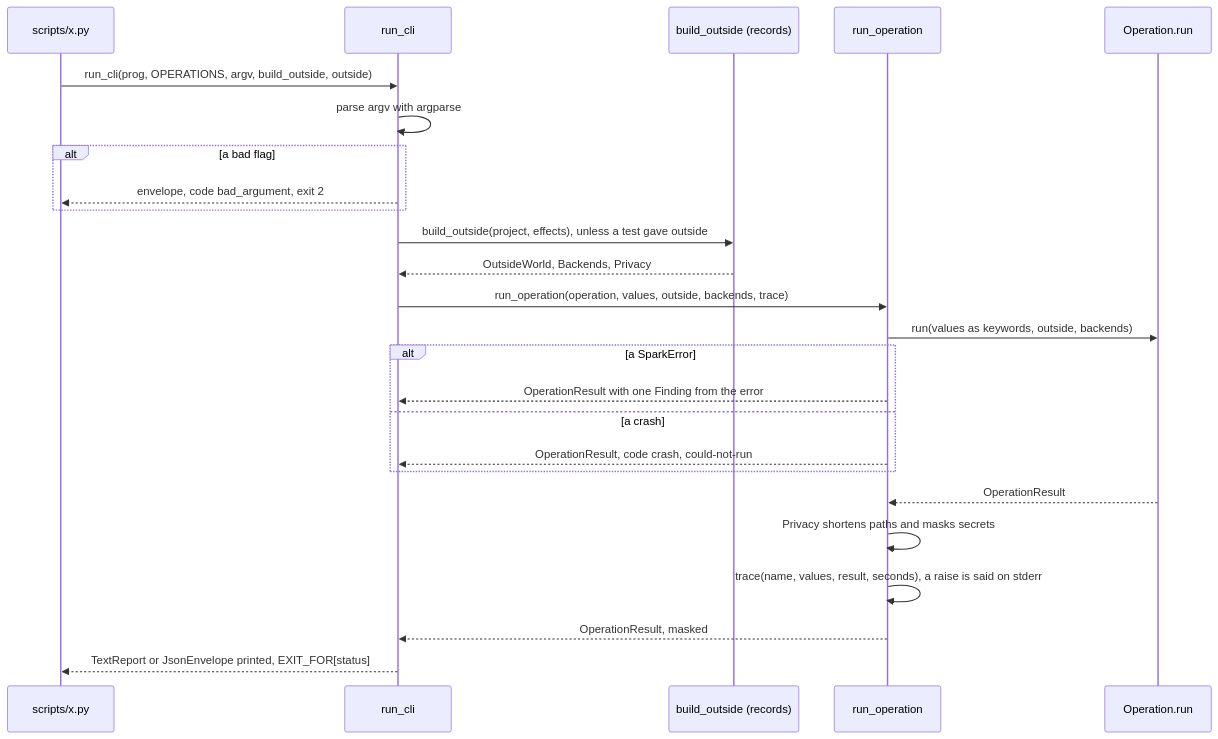
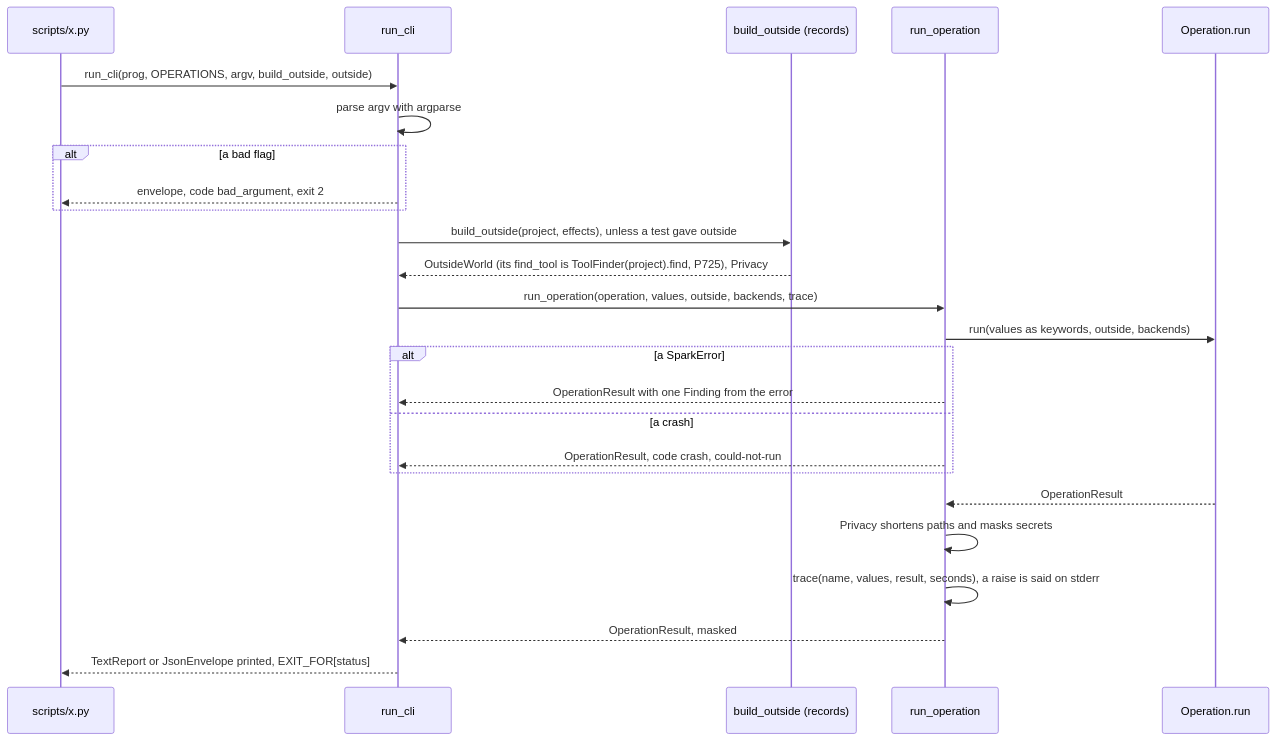
One commit to xmejkal/spark changed the second of 2 diagrams in docs/discovery/2026-10-19-p323-target-architecture/architecture/areas/core.md. Above: the diagram before and after it, drawn with Mermaid. The commit also changed other lines of this file and 46 other files, not shown here.

````diff
--- a/docs/discovery/2026-10-19-p323-target-architecture/architecture/areas/core.md
+++ b/docs/discovery/2026-10-19-p323-target-architecture/architecture/areas/core.md
@@ -117,27 +117,27 @@
 ```mermaid
 sequenceDiagram
   participant CLI as scripts/x.py
   participant RC as run_cli
   participant B as build_outside (records)
   participant RO as run_operation
   participant OP as Operation.run
   CLI->>RC: run_cli(prog, OPERATIONS, argv, build_outside, outside)
   RC->>RC: parse argv with argparse
   alt a bad flag
     RC-->>CLI: envelope, code bad_argument, exit 2
   end
   RC->>B: build_outside(project, effects), unless a test gave outside
-  B-->>RC: OutsideWorld, Backends, Privacy
+  B-->>RC: OutsideWorld (its find_tool is ToolFinder(project).find, P725), Privacy
   RC->>RO: run_operation(operation, values, outside, backends, trace)
   RO->>OP: run(values as keywords, outside, backends)
   alt a SparkError
     RO-->>RC: OperationResult with one Finding from the error
   else a crash
     RO-->>RC: OperationResult, code crash, could-not-run
   end
   OP-->>RO: OperationResult
   RO->>RO: Privacy shortens paths and masks secrets
   RO->>RO: trace(name, values, result, seconds), a raise is said on stderr
   RO-->>RC: OperationResult, masked
   RC-->>CLI: TextReport or JsonEnvelope printed, EXIT_FOR[status]
 ```
````
